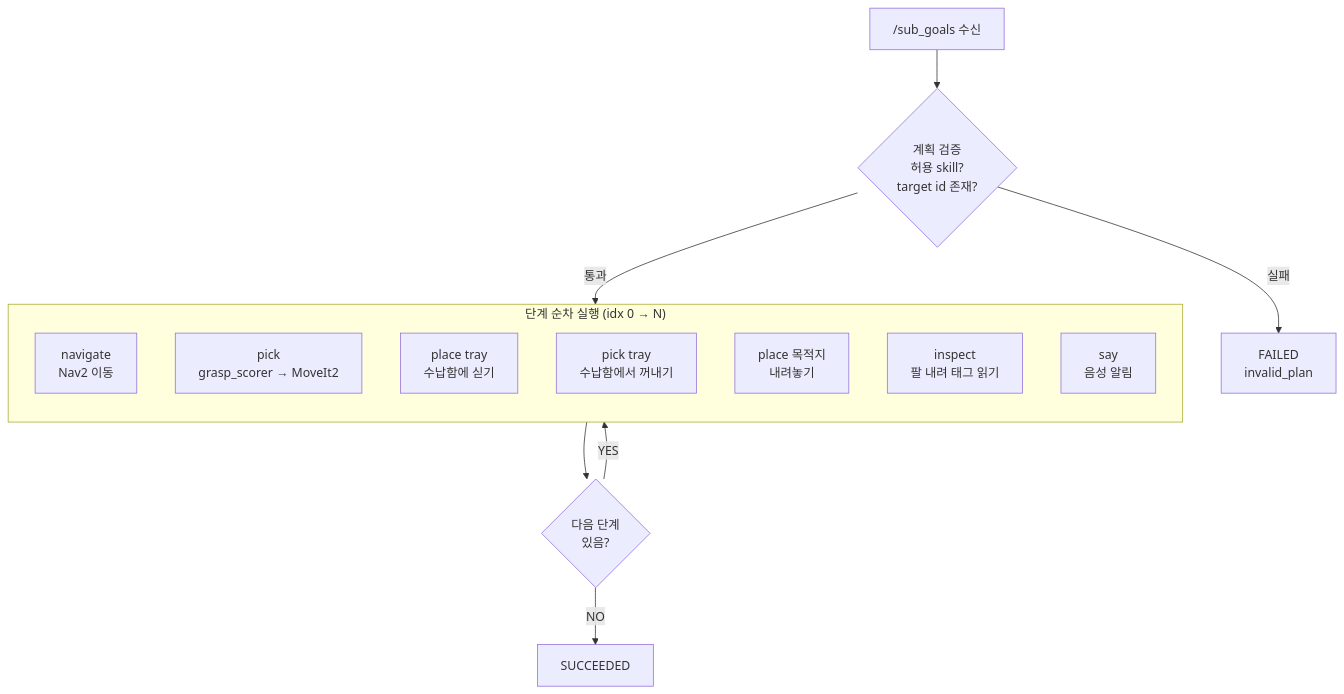
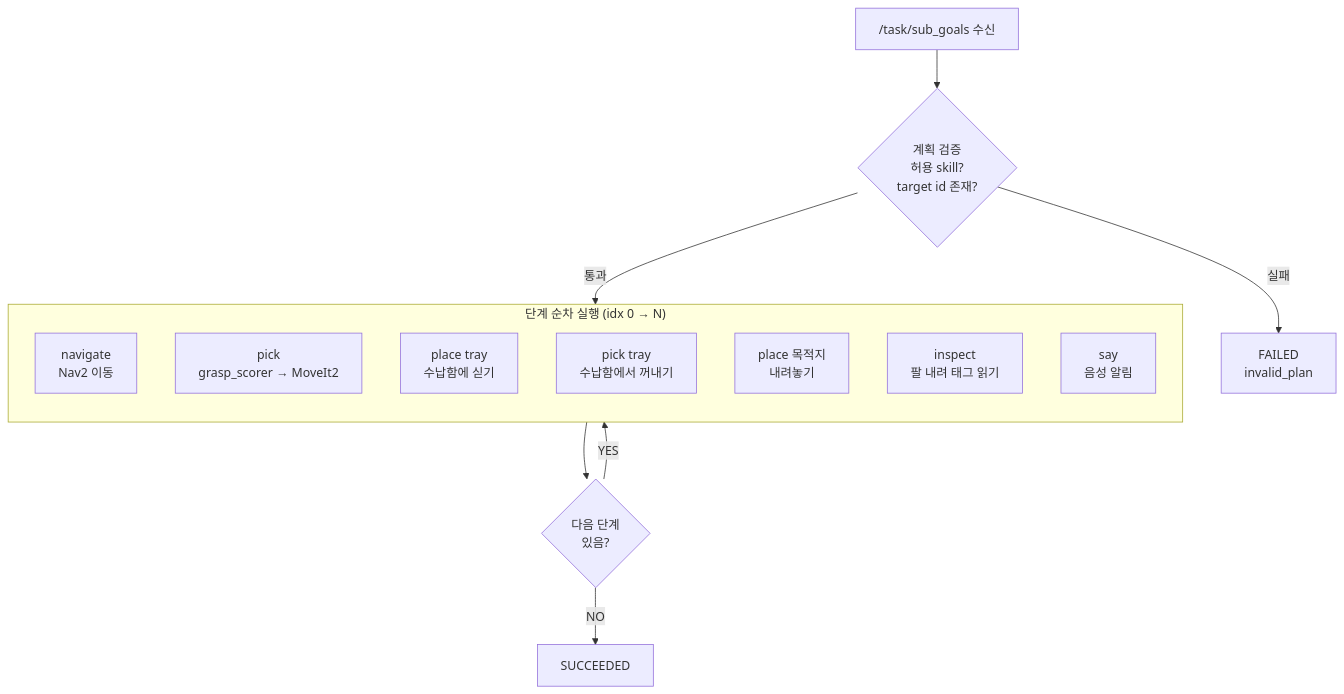
One commit to SeungHye-J/Lv2_bee_Assignment changed the first of 5 diagrams in documents/mission/scenario/05-phase4-execute.md. Above: the diagram before and after it, drawn with Mermaid. The commit also changed other lines of this file and 25 other files, not shown here.

````diff
--- a/documents/mission/scenario/05-phase4-execute.md
+++ b/documents/mission/scenario/05-phase4-execute.md
@@ -7,28 +7,28 @@
 ```mermaid
 flowchart TD
-    IN["/sub_goals 수신"]
+    IN["/task/sub_goals 수신"]
     VALIDATE{"계획 검증\n허용 skill?\ntarget id 존재?"}
     REJECT["FAILED\ninvalid_plan"]
 
     IN --> VALIDATE
     VALIDATE -->|"실패"| REJECT
     VALIDATE -->|"통과"| STEP
 
     subgraph STEP["단계 순차 실행 (idx 0 → N)"]
         direction TB
         S_NAV["navigate\nNav2 이동"]
         S_PICK["pick\ngrasp_scorer → MoveIt2"]
         S_TRAY_IN["place tray\n수납함에 싣기"]
         S_TRAY_OUT["pick tray\n수납함에서 꺼내기"]
         S_PLACE["place 목적지\n내려놓기"]
         S_INSPECT["inspect\n팔 내려 태그 읽기"]
         S_SAY["say\n음성 알림"]
     end
 
     NEXT{"다음 단계\n있음?"}
     DONE["SUCCEEDED"]
 
     STEP --> NEXT
     NEXT -->|"YES"| STEP
     NEXT -->|"NO"| DONE
 ```
````
